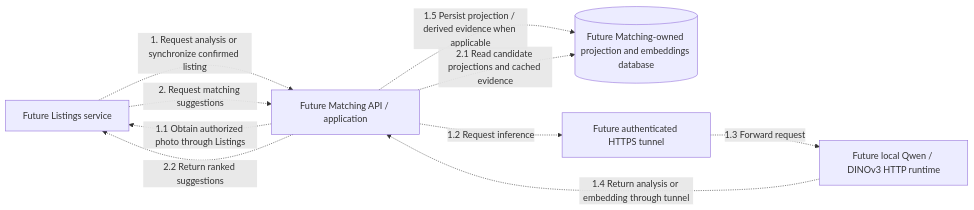
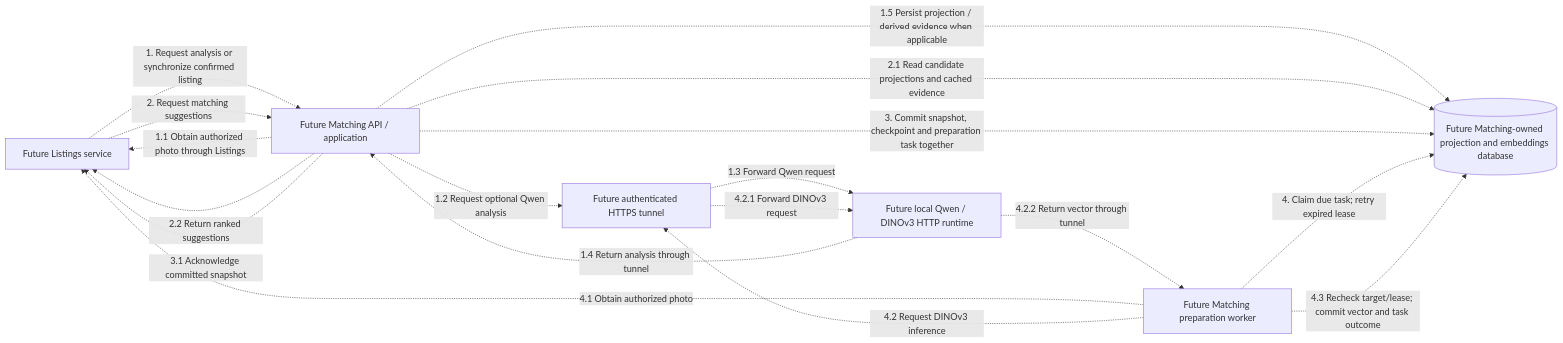
The second of 2 diagrams in src/Services/Matching/COMMUNICATION.md (bogdan-spilevoi/ASET-master-year-1), drawn with Mermaid before and after one commit. The commit also changed other lines of this file and 37 other files, not shown here.

First line of the commit message:
Extend Listings and Matching models

````diff
--- a/src/Services/Matching/COMMUNICATION.md
+++ b/src/Services/Matching/COMMUNICATION.md
@@ -35,18 +37,27 @@
 ```mermaid
 flowchart LR
     Listings["Future Listings service"]
     Matching["Future Matching API / application"]
     DB[("Future Matching-owned projection and embeddings database")]
     Tunnel["Future authenticated HTTPS tunnel"]
     AI["Future local Qwen / DINOv3 HTTP runtime"]
+    Worker["Future Matching preparation worker"]
 
     Listings -.->|"1. Request analysis or synchronize confirmed listing"| Matching
     Matching -.->|"1.1 Obtain authorized photo through Listings"| Listings
-    Matching -.->|"1.2 Request inference"| Tunnel
-    Tunnel -.->|"1.3 Forward request"| AI
-    AI -.->|"1.4 Return analysis or embedding through tunnel"| Matching
+    Matching -.->|"1.2 Request optional Qwen analysis"| Tunnel
+    Tunnel -.->|"1.3 Forward Qwen request"| AI
+    AI -.->|"1.4 Return analysis through tunnel"| Matching
     Matching -.->|"1.5 Persist projection / derived evidence when applicable"| DB
     Listings -.->|"2. Request matching suggestions"| Matching
     Matching -.->|"2.1 Read candidate projections and cached evidence"| DB
     Matching -.->|"2.2 Return ranked suggestions"| Listings
+    Matching -.->|"3. Commit snapshot, checkpoint and preparation task together"| DB
+    Matching -.->|"3.1 Acknowledge committed snapshot"| Listings
+    Worker -.->|"4. Claim due task; retry expired lease"| DB
+    Worker -.->|"4.1 Obtain authorized photo"| Listings
+    Worker -.->|"4.2 Request DINOv3 inference"| Tunnel
+    Tunnel -.->|"4.2.1 Forward DINOv3 request"| AI
+    AI -.->|"4.2.2 Return vector through tunnel"| Worker
+    Worker -.->|"4.3 Recheck target/lease; commit vector and task outcome"| DB
 ```
````
